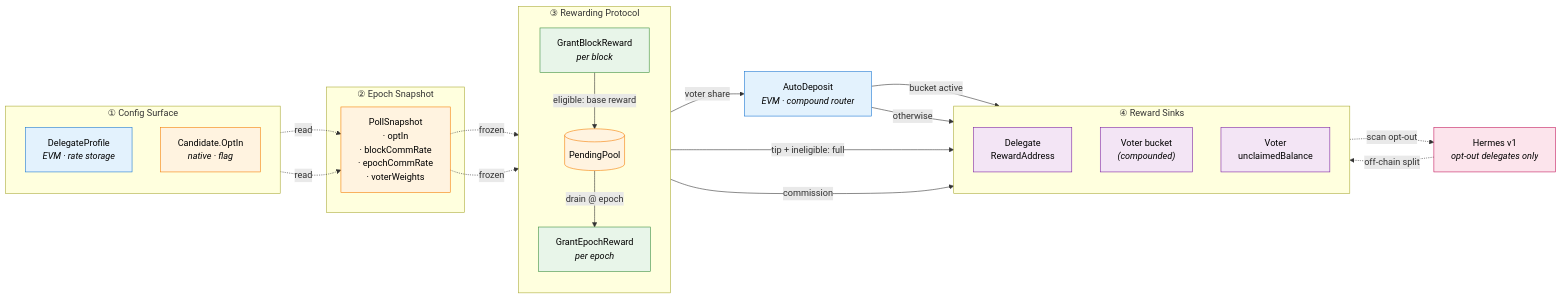
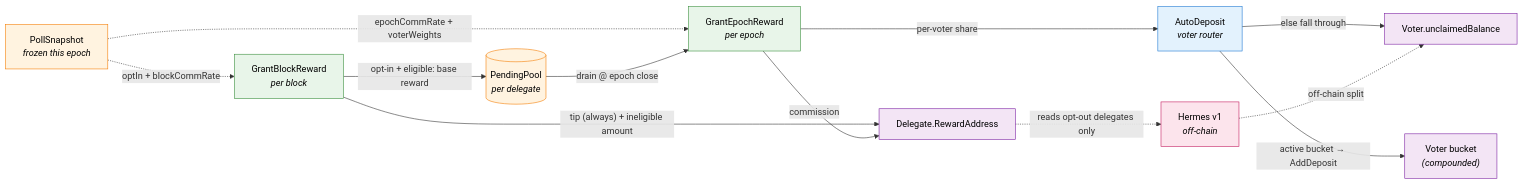
Before and after one commit to iotexproject/iips: the second of 2 diagrams in iip-59.md, drawn with Mermaid. The commit also changed other lines of this file, not shown here.

Commit message:
IIP-59: split architecture into two diagrams, terminate every arrow on a specific node
Feedback: subgraph frames were catching arrows at the group boundary,
making it ambiguous which inner node the arrow referenced.

Fix: remove all subgraphs and split into two focused Mermaid diagrams.

- Diagram A — Snapshot pipeline: DelegateProfile + Candidate.OptIn +
  VoterWeightView → PutPollResult → PollSnapshot. Four arrows, four
  named nodes each side.

- Diagram B — Reward flow: PollSnapshot, GrantBlockReward, PendingPool,
  GrantEpochReward, AutoDeposit router, three sinks (DelReward /
  Bucket / Unclaimed), Hermes side-path. Every arrow lands on a named
  account or the AutoDeposit router — no group boundaries.

Prose reworded to point at the two diagrams and cross-ref which §
each covers.

````diff
--- a/iip-59.md
+++ b/iip-59.md
@@ -84,53 +110,38 @@
 ```mermaid
 flowchart LR
-    classDef contract fill:#e3f2fd,stroke:#1976d2,color:#000
     classDef state fill:#fff3e0,stroke:#f57c00,color:#000
     classDef proc fill:#e8f5e9,stroke:#388e3c,color:#000
+    classDef contract fill:#e3f2fd,stroke:#1976d2,color:#000
     classDef sink fill:#f3e5f5,stroke:#7b1fa2,color:#000
     classDef legacy fill:#fce4ec,stroke:#c2185b,color:#000
 
-    subgraph SRC["① Config Surface"]
-        direction TB
-        Profile["DelegateProfile<br/><i>EVM · rate storage</i>"]:::contract
-        Candidate["Candidate.OptIn<br/><i>native · flag</i>"]:::state
-    end
+    PollSnap["PollSnapshot<br/><i>frozen this epoch</i>"]:::state
 
-    subgraph SNAP["② Epoch Snapshot"]
-        PollSnap["PollSnapshot<br/>· optIn<br/>· blockCommRate<br/>· epochCommRate<br/>· voterWeights"]:::state
-    end
+    GBR["GrantBlockReward<br/><i>per block</i>"]:::proc
+    Pool[("PendingPool<br/><i>per delegate</i>")]:::state
+    GER["GrantEpochReward<br/><i>per epoch</i>"]:::proc
 
-    subgraph FLOW["③ Rewarding Protocol"]
-        direction TB
-        GBR["GrantBlockReward<br/><i>per block</i>"]:::proc
-        Pool[("PendingPool")]:::state
-        GER["GrantEpochReward<br/><i>per epoch</i>"]:::proc
-        GBR -->|"eligible: base reward"| Pool
-        Pool -->|"drain @ epoch"| GER
-    end
+    AutoDep["AutoDeposit<br/><i>voter router</i>"]:::contract
 
-    AutoDep["AutoDeposit<br/><i>EVM · compound router</i>"]:::contract
+    DelReward["Delegate.RewardAddress"]:::sink
+    Bucket["Voter bucket<br/><i>(compounded)</i>"]:::sink
+    Unclaimed["Voter.unclaimedBalance"]:::sink
 
-    subgraph DEST["④ Reward Sinks"]
-        direction TB
-        DelReward["Delegate<br/>RewardAddress"]:::sink
-        Bucket["Voter bucket<br/><i>(compounded)</i>"]:::sink
-        Unclaimed["Voter<br/>unclaimedBalance"]:::sink
-    end
+    Hermes["Hermes v1<br/><i>off-chain</i>"]:::legacy
 
-    Hermes["Hermes v1<br/><i>opt-out delegates only</i>"]:::legacy
+    PollSnap -.->|"optIn + blockCommRate"| GBR
+    PollSnap -.->|"epochCommRate + voterWeights"| GER
 
-    Profile -.->|"read"| PollSnap
-    Candidate -.->|"read"| PollSnap
+    GBR -->|"opt-in + eligible: base reward"| Pool
+    GBR -->|"tip (always) + ineligible amount"| DelReward
+    Pool -->|"drain @ epoch close"| GER
 
-    PollSnap -.->|"frozen"| GBR
-    PollSnap -.->|"frozen"| GER
+    GER -->|"commission"| DelReward
+    GER -->|"per-voter share"| AutoDep
 
-    GBR -->|"tip + ineligible: full"| DelReward
-    GER -->|"commission"| DelReward
-    GER -->|"voter share"| AutoDep
-    AutoDep -->|"bucket active"| Bucket
-    AutoDep -->|"otherwise"| Unclaimed
+    AutoDep -->|"active bucket → AddDeposit"| Bucket
+    AutoDep -->|"else fall through"| Unclaimed
 
-    DelReward -.->|"scan opt-out"| Hermes
+    DelReward -.->|"reads opt-out delegates only"| Hermes
     Hermes -.->|"off-chain split"| Unclaimed
 ```
````
